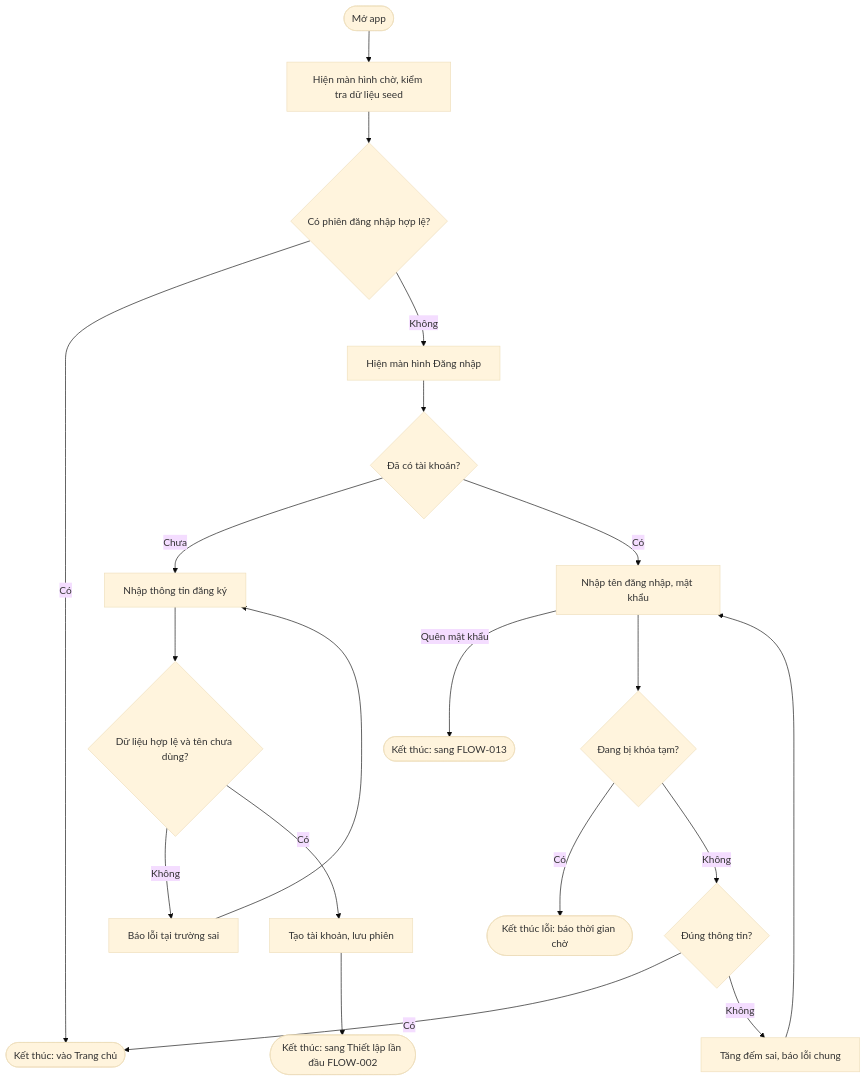
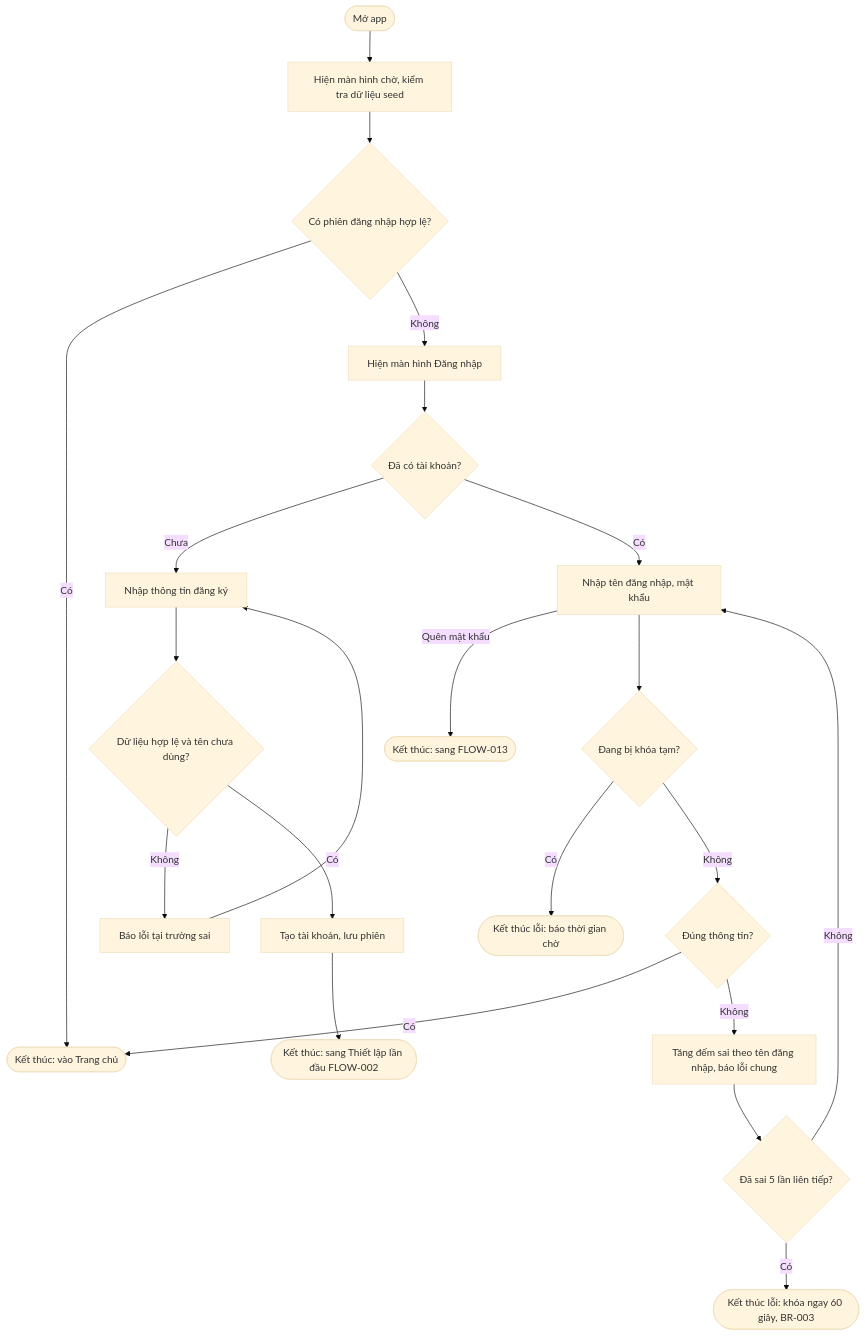
The second of 18 diagrams in docs/project/Use-Cases.md (at1308033-sketch/LearningE_app), drawn with Mermaid (base theme) before and after one commit. The commit also changed other lines of this file and 172 other files, not shown here.

First line of the commit message:
Bổ sung sơ đồ ca sử dụng (use case diagram) cho tiến trình học tập và lời nhắc, tệp đầu ra định dạng SVG, cùng tập lệnh tạo tài liệu

````diff
--- a/docs/project/Use-Cases.md
+++ b/docs/project/Use-Cases.md
@@ -251,22 +290,24 @@
 ```mermaid
 flowchart TD
   S([Mở app]) --> A[Hiện màn hình chờ, kiểm tra dữ liệu seed]
   A --> B{Có phiên đăng nhập hợp lệ?}
   B -- Có --> H([Kết thúc: vào Trang chủ])
   B -- Không --> C[Hiện màn hình Đăng nhập]
   C --> D{Đã có tài khoản?}
   D -- Chưa --> R[Nhập thông tin đăng ký]
   R --> RV{Dữ liệu hợp lệ và tên chưa dùng?}
   RV -- Không --> RE[Báo lỗi tại trường sai]
   RE --> R
   RV -- Có --> RS[Tạo tài khoản, lưu phiên]
   RS --> OB([Kết thúc: sang Thiết lập lần đầu FLOW-002])
   D -- Có --> L[Nhập tên đăng nhập, mật khẩu]
   L -- Quên mật khẩu --> FP([Kết thúc: sang FLOW-013])
   L --> K{Đang bị khóa tạm?}
   K -- Có --> KE([Kết thúc lỗi: báo thời gian chờ])
   K -- Không --> V{Đúng thông tin?}
   V -- Có --> H
-  V -- Không --> VE[Tăng đếm sai, báo lỗi chung]
-  VE --> L
+  V -- Không --> VE[Tăng đếm sai theo tên đăng nhập, báo lỗi chung]
+  VE --> K5{Đã sai 5 lần liên tiếp?}
+  K5 -- Không --> L
+  K5 -- Có --> KL([Kết thúc lỗi: khóa ngay 60 giây, BR-003])
 ```
````
